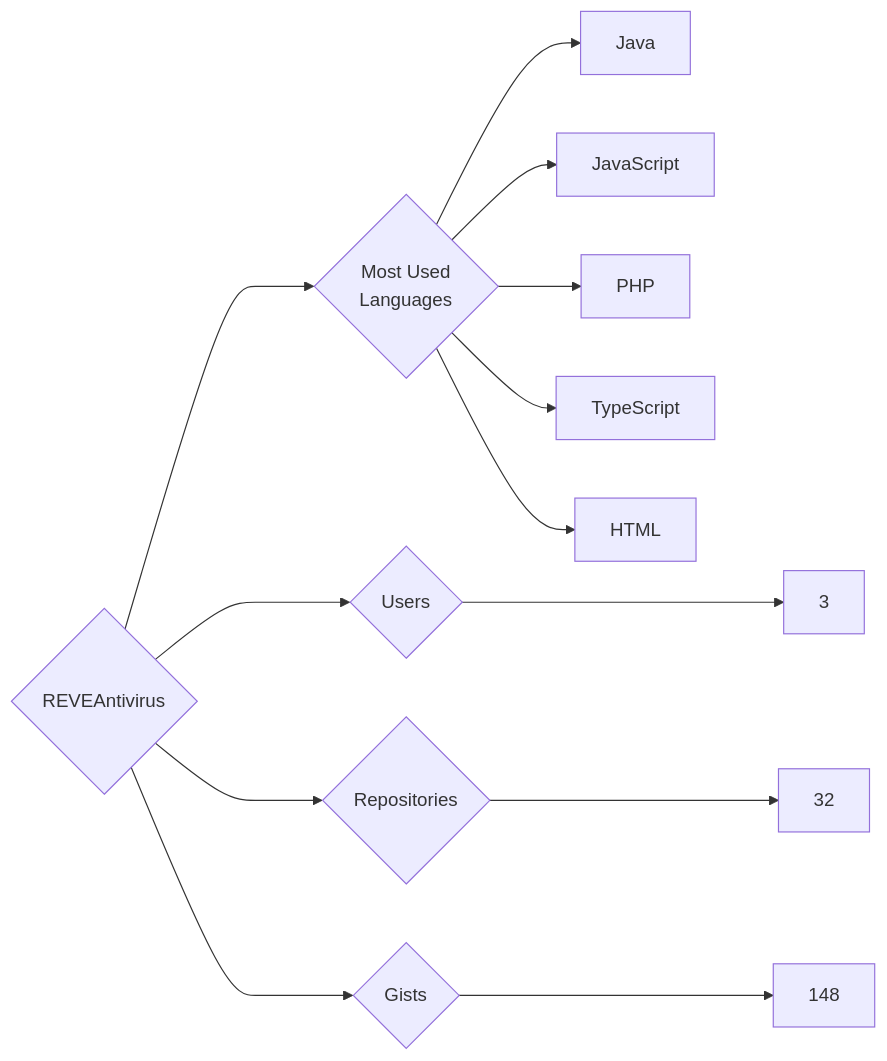
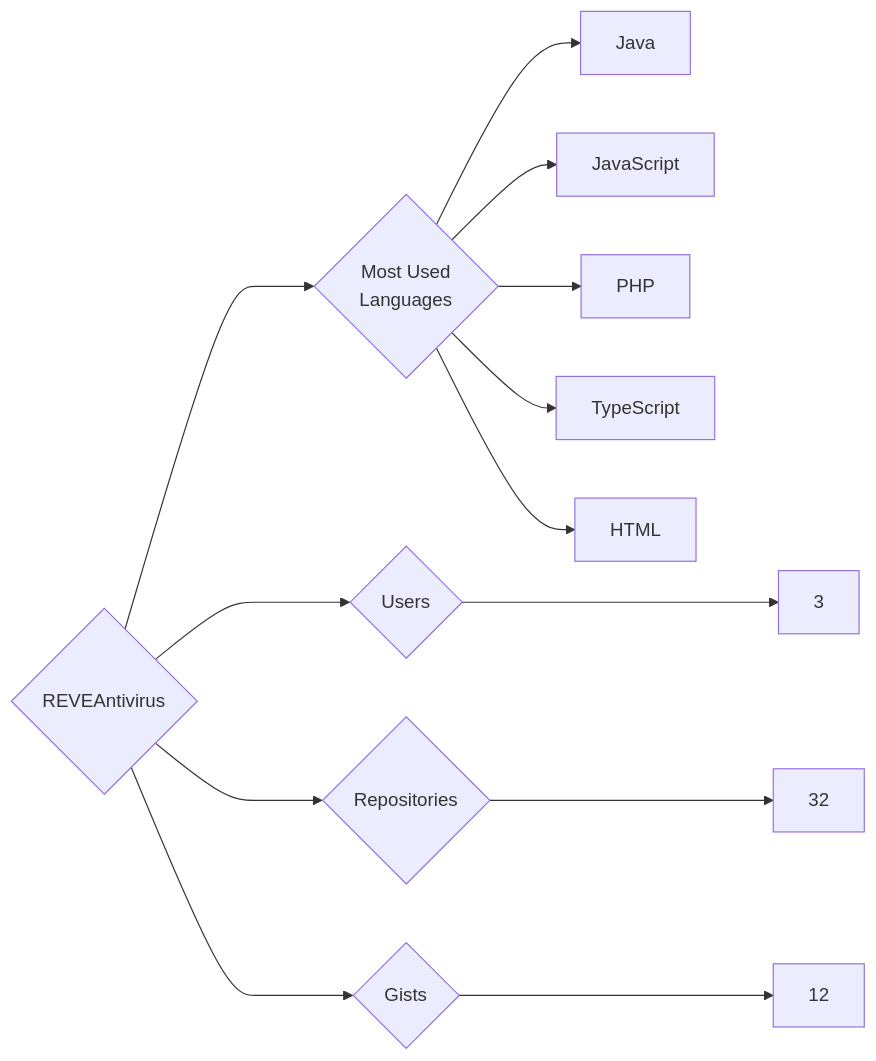
The diagram in targets/REVEAntivirus/README.md (trickest/insiders), drawn with Mermaid before and after one commit. The commit also changed 1496 other files, not shown here.

````diff
--- a/targets/REVEAntivirus/README.md
+++ b/targets/REVEAntivirus/README.md
@@ -3,13 +3,13 @@
 ```mermaid
 graph LR
 COMPANY_NAME{REVEAntivirus}
 COMPANY_NAME ---> U{Users} ---> UN[3]
 COMPANY_NAME ---> R{Repositories} ---> RN[32]
-COMPANY_NAME ---> G{Gists} ---> GN[148]
+COMPANY_NAME ---> G{Gists} ---> GN[12]
 COMPANY_NAME ---> ML{Most Used<br>Languages}
 ML --> Java[Java]
 ML --> JavaScript[JavaScript]
 ML --> PHP[PHP]
 ML --> TypeScript[TypeScript]
 ML --> HTML[HTML]
 ```
````
